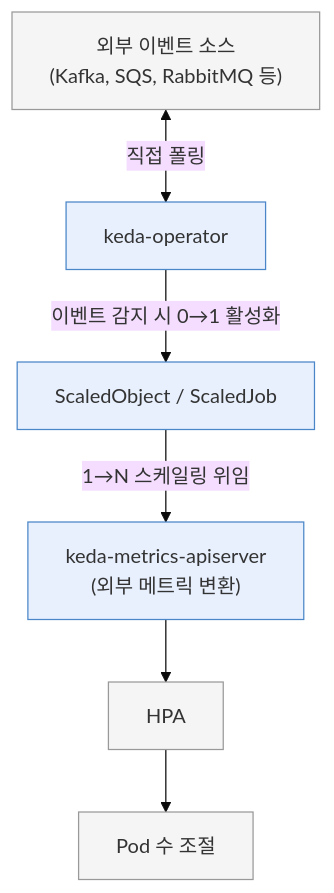
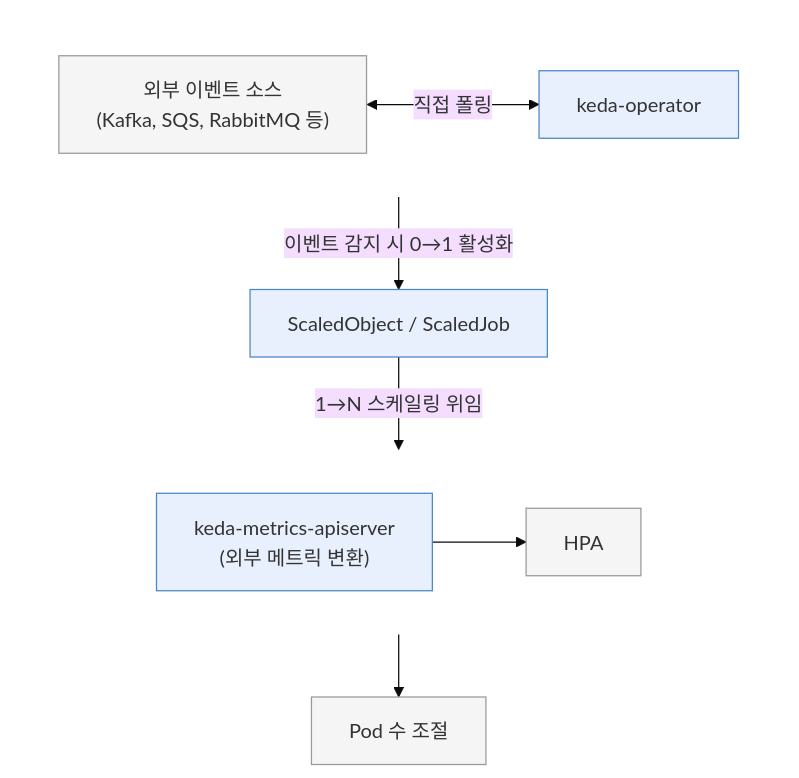
One commit to dormael/keda-research changed the diagram in keda-presentation-plan.md. Above: the diagram before and after it, drawn with Mermaid (base theme). The commit also changed other lines of this file, not shown here.

Commit message:
change layout of operation flowchart diagram

````diff
--- a/keda-presentation-plan.md
+++ b/keda-presentation-plan.md
@@ -60,20 +60,26 @@
 ```mermaid
 flowchart TD
-    ES["외부 이벤트 소스
-    (Kafka, SQS, RabbitMQ 등)"] <-- "직접 폴링" --> KO["keda-operator"]
+    subgraph row1[" "]
+        direction LR
+        ES["외부 이벤트 소스
+        (Kafka, SQS, RabbitMQ 등)"] <-- "직접 폴링" --> KO["keda-operator"]
+    end
 
     KO -- "이벤트 감지 시 0→1 활성화" --> SO["ScaledObject / ScaledJob"]
 
-    SO -- "1→N 스케일링 위임" --> MA["keda-metrics-apiserver
-    (외부 메트릭 변환)"]
+    subgraph row2[" "]
+        direction LR
+        MA["keda-metrics-apiserver
+        (외부 메트릭 변환)"] --> HPA["HPA"]
+    end
 
-    MA --> HPA["HPA"]
+    SO -- "1→N 스케일링 위임" --> MA
     HPA --> Pod["Pod 수 조절"]
 
-    style ES fill:#f5f5f5,stroke:#999
-    style KO fill:#e8f0fe,stroke:#4a86c8
-    style SO fill:#e8f0fe,stroke:#4a86c8
-    style MA fill:#e8f0fe,stroke:#4a86c8
-    style HPA fill:#f5f5f5,stroke:#999
-    style Pod fill:#f5f5f5,stroke:#999
+    classDef keda fill:#e8f0fe,stroke:#4a86c8
+    classDef plain fill:#f5f5f5,stroke:#999
+    class KO,SO,MA keda
+    class ES,HPA,Pod plain
+    style row1 fill:none,stroke:none
+    style row2 fill:none,stroke:none
 ```
````
